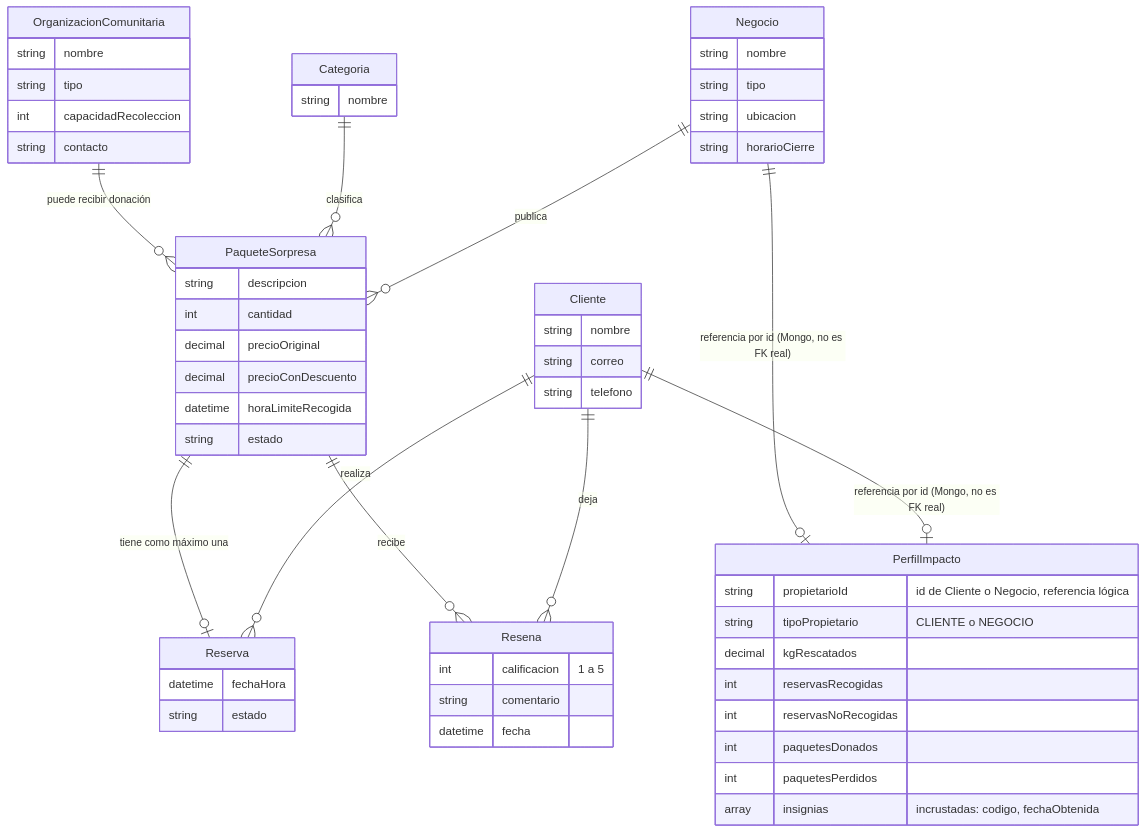
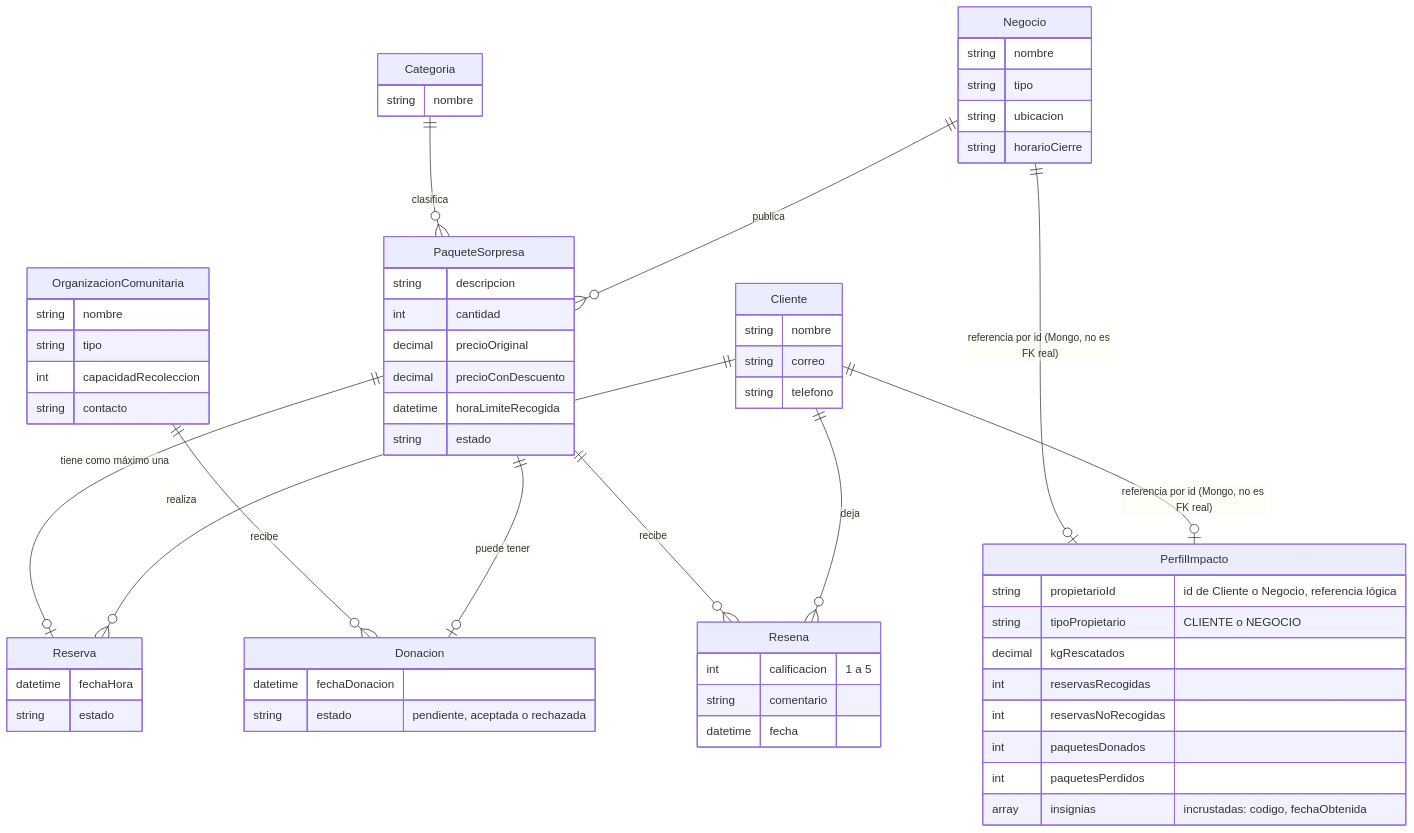
Before and after one commit to Yeilinnn/savora: the third of 3 diagrams in docs/diagrama-arquitectura.md, drawn with Mermaid. The commit also changed 2 other files, not shown here.

Commit message:
Documentar la entidad Donacion en los diagramas y el modelo

````diff
--- a/docs/diagrama-arquitectura.md
+++ b/docs/diagrama-arquitectura.md
@@ -70,67 +70,73 @@
 ```mermaid
 erDiagram
     Negocio ||--o{ PaqueteSorpresa : publica
     Categoria ||--o{ PaqueteSorpresa : clasifica
     Cliente ||--o{ Reserva : realiza
     PaqueteSorpresa ||--o| Reserva : "tiene como máximo una"
-    OrganizacionComunitaria ||--o{ PaqueteSorpresa : "puede recibir donación"
+    PaqueteSorpresa ||--o| Donacion : "puede tener"
+    OrganizacionComunitaria ||--o{ Donacion : recibe
     Cliente ||--o| PerfilImpacto : "referencia por id (Mongo, no es FK real)"
     Negocio ||--o| PerfilImpacto : "referencia por id (Mongo, no es FK real)"
     Cliente ||--o{ Resena : deja
     PaqueteSorpresa ||--o{ Resena : recibe
 
     Negocio {
         string nombre
         string tipo
         string ubicacion
         string horarioCierre
     }
 
     Cliente {
         string nombre
         string correo
         string telefono
     }
 
     PaqueteSorpresa {
         string descripcion
         int cantidad
         decimal precioOriginal
         decimal precioConDescuento
         datetime horaLimiteRecogida
         string estado
     }
 
     Reserva {
         datetime fechaHora
         string estado
     }
 
     Categoria {
         string nombre
     }
 
     OrganizacionComunitaria {
         string nombre
         string tipo
         int capacidadRecoleccion
         string contacto
     }
 
+    Donacion {
+        datetime fechaDonacion
+        string estado "pendiente, aceptada o rechazada"
+    }
+
     PerfilImpacto {
         string propietarioId "id de Cliente o Negocio, referencia lógica"
         string tipoPropietario "CLIENTE o NEGOCIO"
         decimal kgRescatados
         int reservasRecogidas
         int reservasNoRecogidas
         int paquetesDonados
         int paquetesPerdidos
         array insignias "incrustadas: codigo, fechaObtenida"
     }
 
     Resena {
         int calificacion "1 a 5"
         string comentario
         datetime fecha
     }
 ```
````
